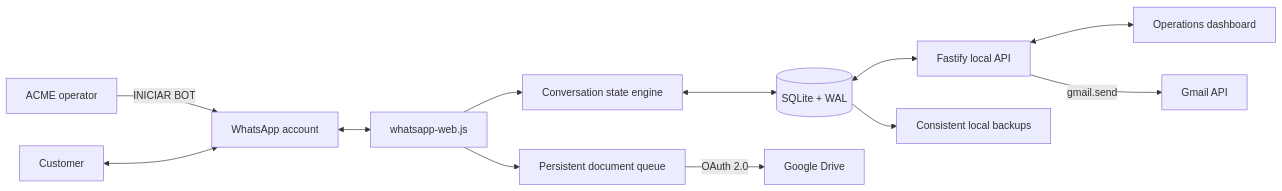
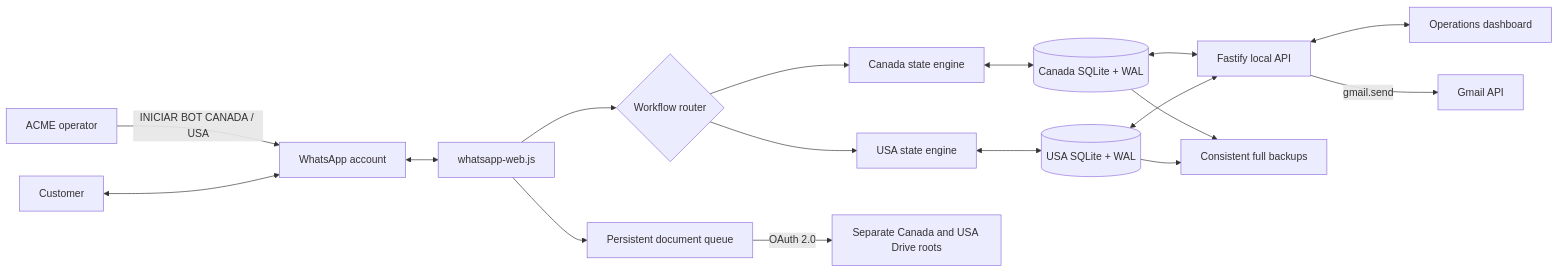
Before and after one commit to Jehosua97/acme-client-intake-automation: the diagram in README.md, drawn with Mermaid. The commit also changed other lines of this file and 16 other files, not shown here.

Commit message:
feat: add independent USA visa workflow and dashboard tabs

````diff
--- a/README.md
+++ b/README.md
@@ -44,14 +50,19 @@
 ```mermaid
 flowchart LR
-    O[ACME operator] -->|INICIAR BOT| WA[WhatsApp account]
+    O[ACME operator] -->|INICIAR BOT CANADA / USA| WA[WhatsApp account]
     C[Customer] <--> WA
     WA <--> WJS[whatsapp-web.js]
-    WJS --> FSM[Conversation state engine]
-    FSM <--> DB[(SQLite + WAL)]
+    WJS --> ROUTER{Workflow router}
+    ROUTER --> CA[Canada state engine]
+    ROUTER --> US[USA state engine]
+    CA <--> DBC[(Canada SQLite + WAL)]
+    US <--> DBU[(USA SQLite + WAL)]
     WJS --> Q[Persistent document queue]
-    Q -->|OAuth 2.0| GD[Google Drive]
-    DB <--> API[Fastify local API]
+    Q -->|OAuth 2.0| GD[Separate Canada and USA Drive roots]
+    DBC <--> API[Fastify local API]
+    DBU <--> API
     API <--> UI[Operations dashboard]
     API -->|gmail.send| GM[Gmail API]
-    DB --> BK[Consistent local backups]
+    DBC --> BK[Consistent full backups]
+    DBU --> BK
 ```
````
